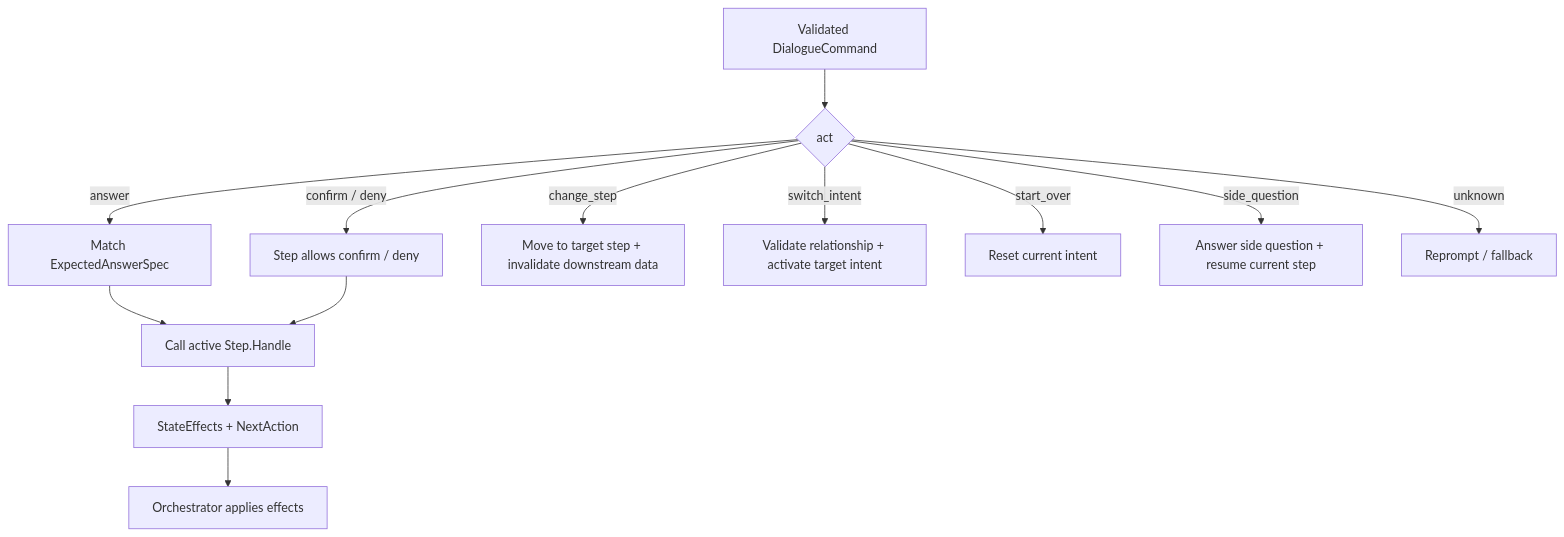
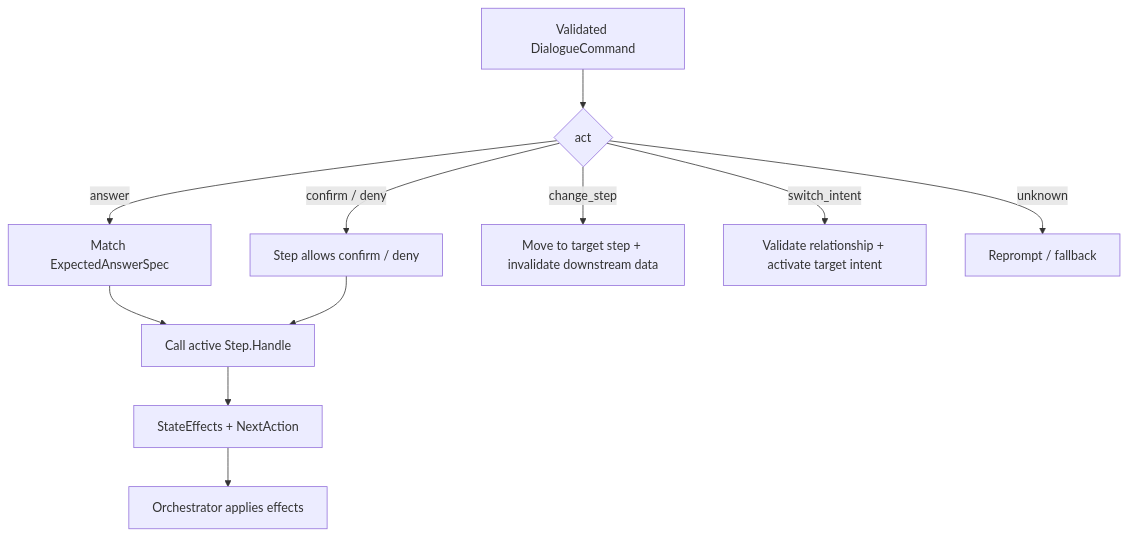
The third of 7 diagrams in docs/superpowers/specs/2026-06-07-intent-step-orchestration-confluence.md (fghjkl007/adk-go-company-model-integration), drawn with Mermaid before and after one commit. The commit also changed other lines of this file, not shown here.

````diff
--- a/docs/superpowers/specs/2026-06-07-intent-step-orchestration-confluence.md
+++ b/docs/superpowers/specs/2026-06-07-intent-step-orchestration-confluence.md
@@ -129,17 +129,15 @@
 ```mermaid
 flowchart TD
   Command["Validated DialogueCommand"] --> Act{"act"}
 
   Act -->|answer| CheckAnswer["Match ExpectedAnswerSpec"]
   Act -->|confirm / deny| CheckConfirm["Step allows confirm / deny"]
   Act -->|change_step| ChangeStep["Move to target step + invalidate downstream data"]
   Act -->|switch_intent| SwitchIntent["Validate relationship + activate target intent"]
-  Act -->|start_over| StartOver["Reset current intent"]
-  Act -->|side_question| SideQuestion["Answer side question + resume current step"]
   Act -->|unknown| Unknown["Reprompt / fallback"]
 
   CheckAnswer --> StepHandle["Call active Step.Handle"]
   CheckConfirm --> StepHandle
   StepHandle --> Effects["StateEffects + NextAction"]
   Effects --> Apply["Orchestrator applies effects"]
 ```
````
